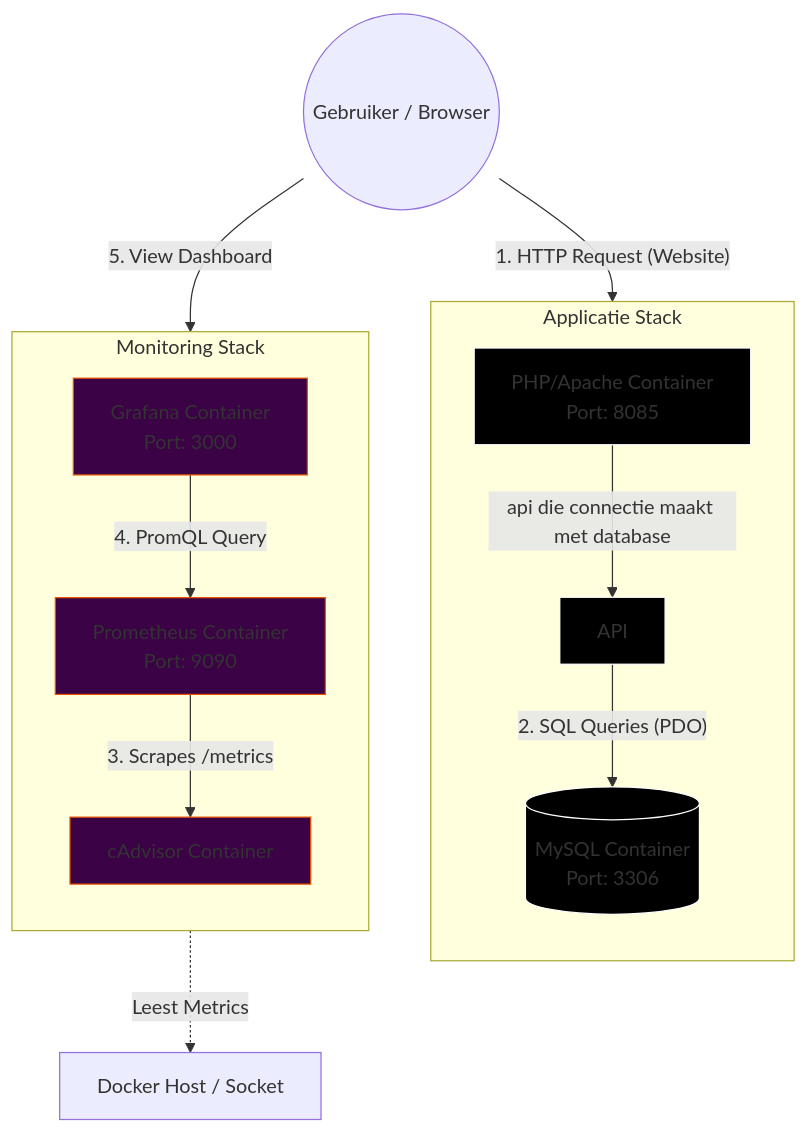
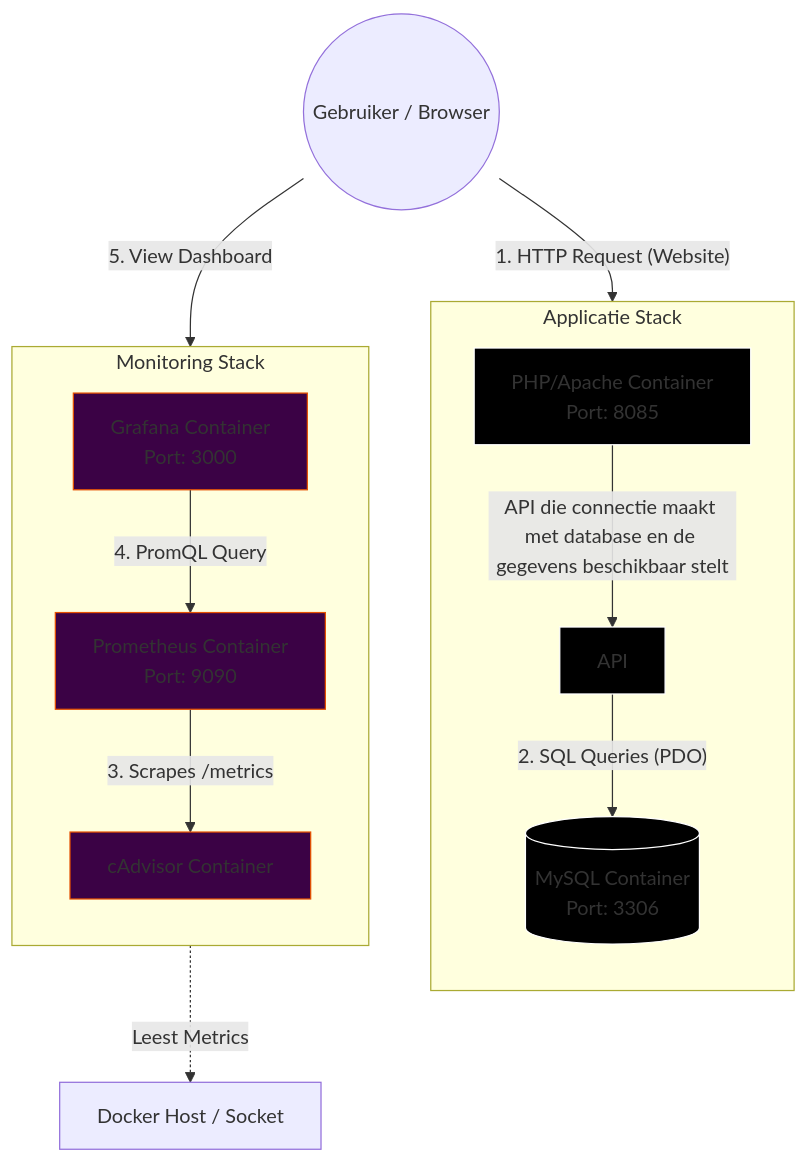
Before and after one commit to oguzhan6/jenkins-test: the diagram in documentation.md, drawn with Mermaid. The commit also changed other lines of this file, not shown here.

````diff
--- a/documentation.md
+++ b/documentation.md
@@ -8,45 +8,45 @@
 ```mermaid
 graph TD
     %% Definieer de Gebruiker
     User((Gebruiker / Browser))
 
     %% Host Systeem
     Host[Docker Host / Socket]
 
     %% Groepering Applicatie
     subgraph AppStack [Applicatie Stack]
         direction TB
         PHP[PHP/Apache Container<br/>Port: 8085]
         API[API]
         MySQL[(MySQL Container<br/>Port: 3306)]
     end
 
     %% Groepering Monitoring
     subgraph MonStack [Monitoring Stack]
         direction TB
         cAdvisor[cAdvisor Container]
         Prometheus[Prometheus Container<br/>Port: 9090]
         Grafana[Grafana Container<br/>Port: 3000]
     end
 
     %% Data Flows - Applicatie
     User -- "1. HTTP Request (Website)" --> PHP
-    PHP -- "api die connectie maakt met database" --> API
+    PHP -- "API die connectie maakt met database en de gegevens beschikbaar stelt" --> API
     API -- "2. SQL Queries (PDO)" --> MySQL
 
     %% Data Flows - Monitoring Verzameling
     cAdvisor -. "Leest Metrics" .-> Host
     Prometheus -- "3. Scrapes /metrics" --> cAdvisor
 
     %% Data Flows - Visualisatie
     User -- "5. View Dashboard" --> Grafana
     Grafana -- "4. PromQL Query" --> Prometheus
 
     %% Styling voor duidelijkheid
     style API fill:#000,stroke:#fff
     style PHP fill:#000,stroke:#fff
     style MySQL fill:#000,stroke:#fff
     style cAdvisor fill:#3b0245,stroke:#e65100
     style Prometheus fill:#3b0245,stroke:#e65100
     style Grafana fill:#3b0245,stroke:#e65100
 ```
````
